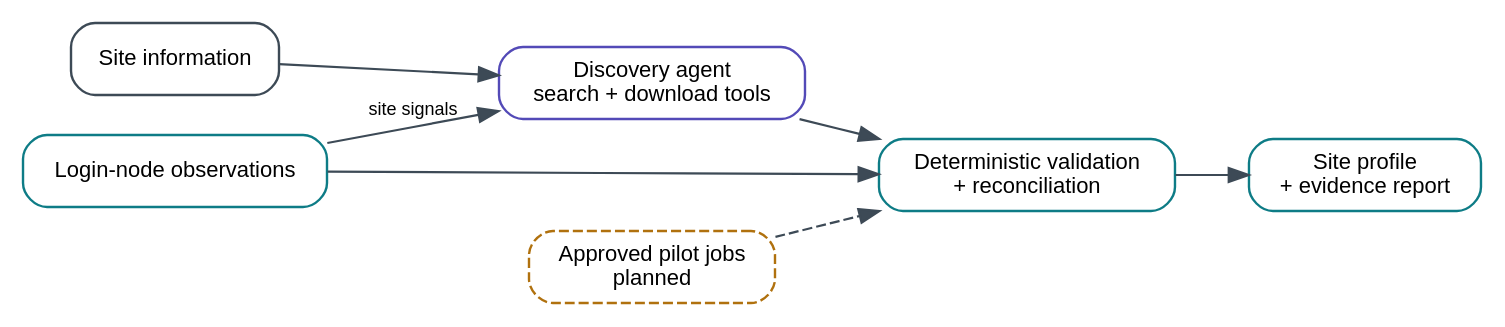
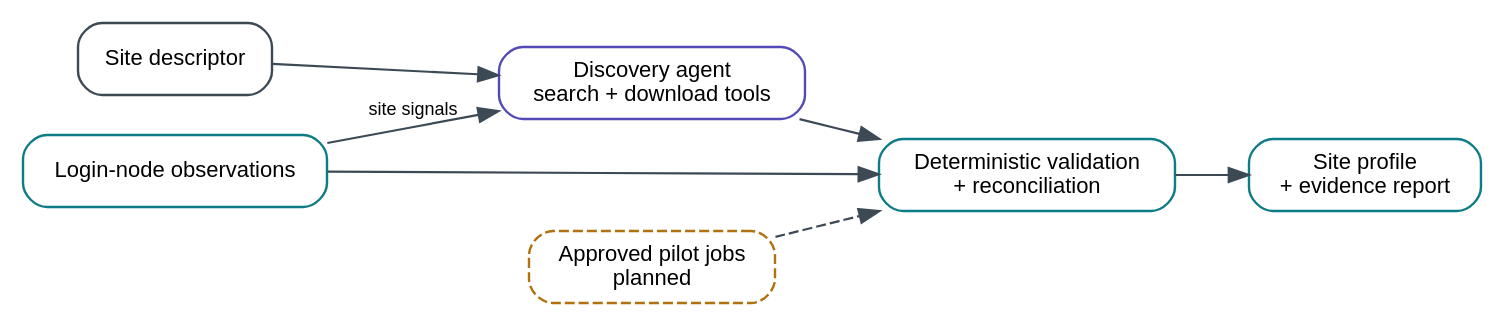
Before and after one commit to floability/hpc-site-preflight: the diagram in docs/figures/construct.dot, drawn with Graphviz. The commit also changed 37 other files, not shown here.

Commit message:
Renamed site info to site descriptor

```diff
--- a/docs/figures/construct.dot
+++ b/docs/figures/construct.dot
@@ -1,22 +1,22 @@
 // High-level site-profile construction. Reviewed 2026-07-21.
 digraph construct {
   rankdir=LR;
   bgcolor="white";
   node [shape=box, style="rounded,filled", fontname="Helvetica", fontsize=11,
         fillcolor="white", color="#3D4A56", penwidth=1.2];
   edge [fontname="Helvetica", fontsize=9, color="#3D4A56", penwidth=1.1];
 
-  site [label="Site information"];
+  site [label="Site descriptor"];
   measure [label="Login-node observations", color="#0E7C86"];
   docs [label="Discovery agent\nsearch + download tools", color="#534AB7"];
   pilots [label="Approved pilot jobs\nplanned", color="#B0710E", style="rounded,dashed"];
   construct [label="Deterministic validation\n+ reconciliation", color="#0E7C86"];
   output [label="Site profile\n+ evidence report", color="#0E7C86"];
 
   site -> docs;
   measure -> docs [label="site signals"];
   measure -> construct;
   docs -> construct;
   pilots -> construct [style=dashed];
   construct -> output;
 }
```
